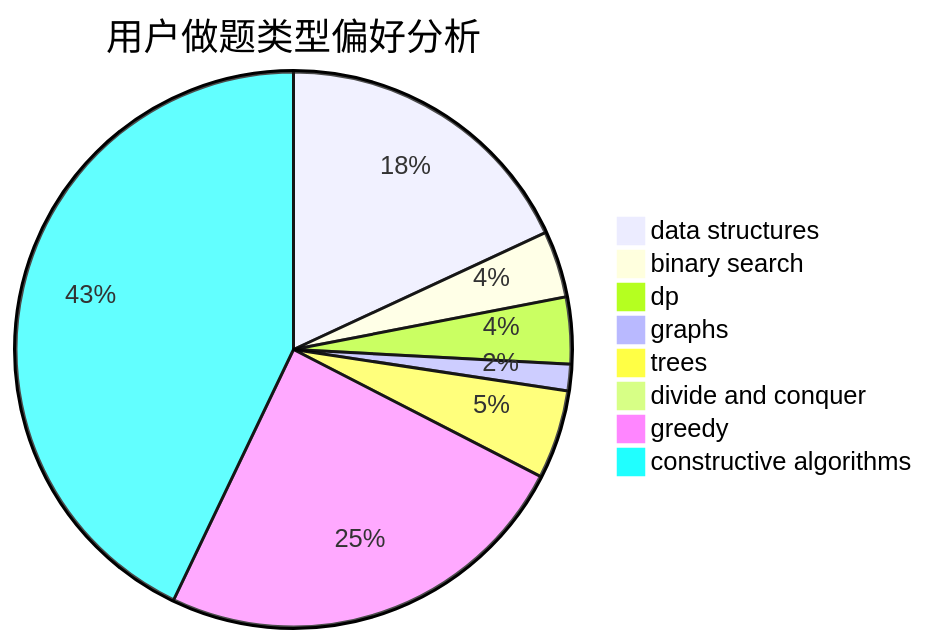
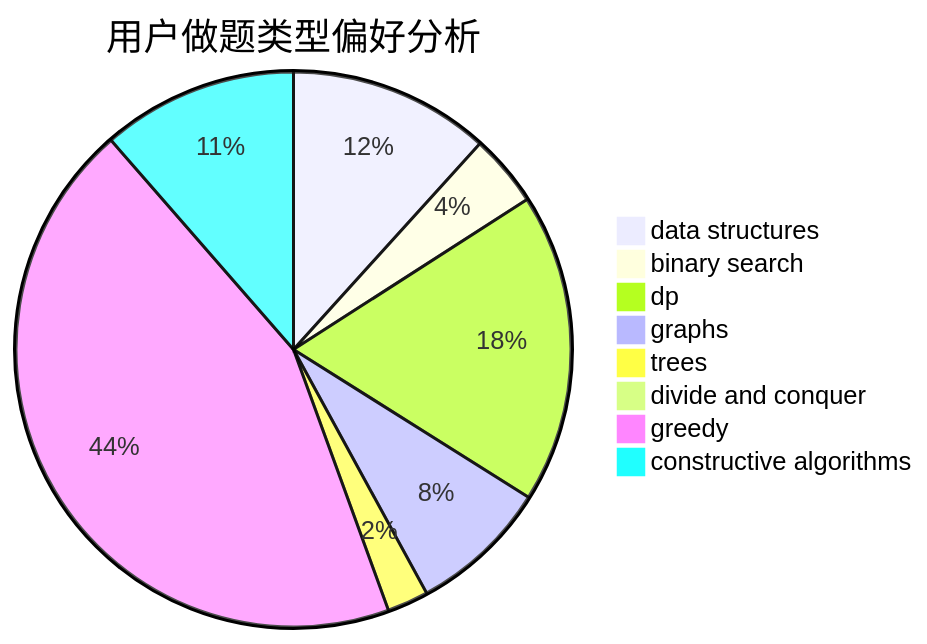
Before and after one commit to sherpahu/cfrs.github.io: the second of 3 diagrams in docs/user/u1141.md, drawn with Mermaid. The commit also changed other lines of this file and 2770 other files, not shown here.

````diff
--- a/docs/user/u1141.md
+++ b/docs/user/u1141.md
@@ -23,11 +23,11 @@
 ```mermaid
 pie title 用户做题类型偏好分析
-    "data structures" :  70
-    "binary search" :  15
-    "dp" :  15
-    "graphs" :  6
-    "trees" :  20
+    "data structures" :  39
+    "binary search" :  14
+    "dp" :  60
+    "graphs" :  27
+    "trees" :  8
     "divide and conquer" :  0
-    "greedy" :  95
-    "constructive algorithms" :  166
+    "greedy" :  147
+    "constructive algorithms" :  38
 ```
````
